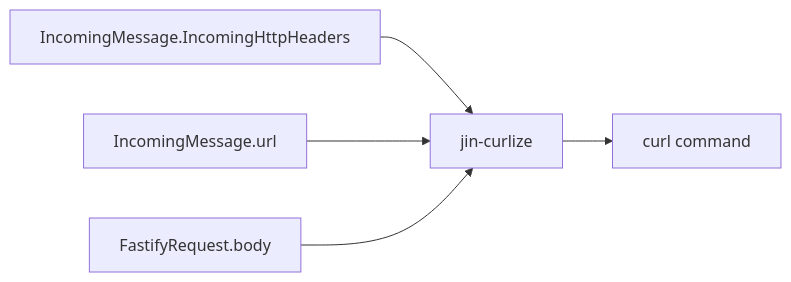
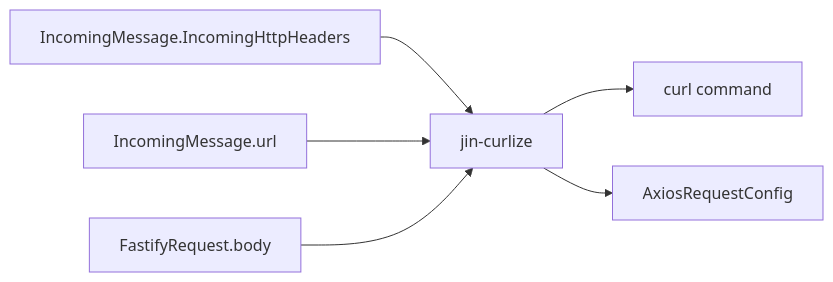
Before and after one commit to imjuni/jin-curlize: the diagram in README.md, drawn with Mermaid. The commit also changed other lines of this file and 28 other files, not shown here.

````diff
--- a/README.md
+++ b/README.md
@@ -39,8 +43,9 @@
 ```mermaid
 flowchart LR
     IMH[IncomingMessage.IncomingHttpHeaders] --> JC[jin-curlize]
     IMU[IncomingMessage.url] --> JC
     FB[FastifyRequest.body] --> JC
     JC --> C[curl command]
+    JC --> A[AxiosRequestConfig]
 
 ```
````
